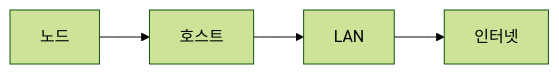
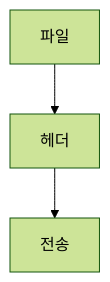
The diagram in ComputerScience/04_systems-infrastructure/computer-networks/notes/02. 네트워크 분류와 계층 모델.md (umyunsang/edu), drawn with Mermaid (forest theme) before and after one commit. The commit also changed other lines of this file and 14 other files, not shown here.

````diff
--- a/ComputerScience/04_systems-infrastructure/computer-networks/notes/02. 네트워크 분류와 계층 모델.md
+++ b/ComputerScience/04_systems-infrastructure/computer-networks/notes/02. 네트워크 분류와 계층 모델.md
@@ -16,6 +19,5 @@
 ```mermaid
-flowchart LR
-    A["노드"] --> B["호스트"]
-    B --> C["LAN"]
-    C --> D["인터넷"]
+flowchart TB
+    A[파일] --> B[헤더]
+    B --> C[전송]
 ```
````
